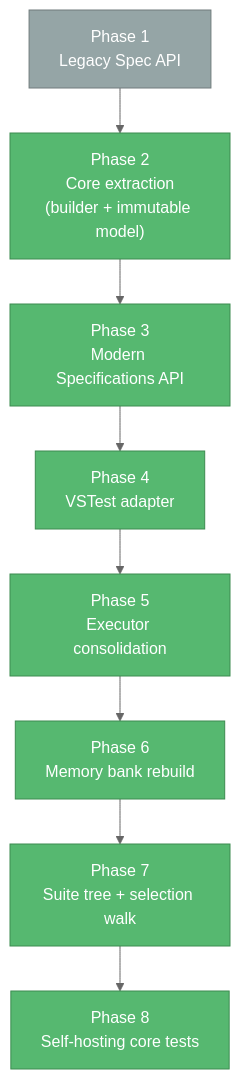
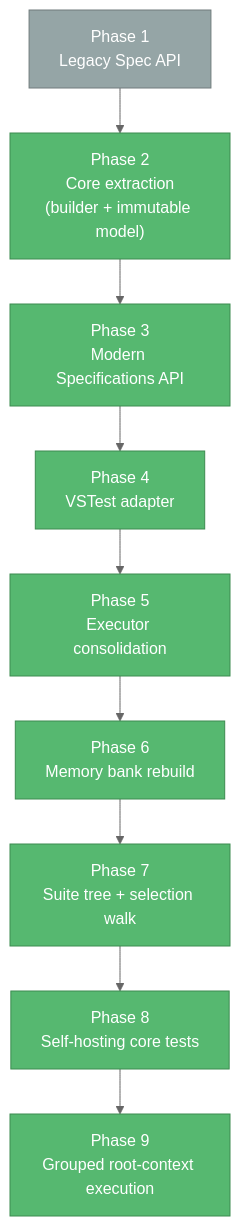
Before and after one commit to yozepi/Specs: the diagram in memory-bank/progress.md, drawn with Mermaid. The commit also changed other lines of this file and 31 other files, not shown here.

First line of the commit message:
Add opt-in grouped root-context execution

````diff
--- a/memory-bank/progress.md
+++ b/memory-bank/progress.md
@@ -62,18 +65,19 @@
 ```mermaid
 %%{init: {'theme': 'neutral', 'flowchart': {'nodeSpacing': 30, 'rankSpacing': 45, 'wrappingWidth': 160}}}%%
 flowchart TD
     P1["Phase 1<br/>Legacy Spec API"]:::deprecated
     P2["Phase 2<br/>Core extraction<br/>(builder + immutable model)"]:::app
     P3["Phase 3<br/>Modern Specifications API"]:::app
     P4["Phase 4<br/>VSTest adapter"]:::app
     P5["Phase 5<br/>Executor consolidation"]:::app
     P6["Phase 6<br/>Memory bank rebuild"]:::app
     P7["Phase 7<br/>Suite tree + selection walk"]:::app
     P8["Phase 8<br/>Self-hosting core tests"]:::app
+    P9["Phase 9<br/>Grouped root-context execution"]:::app
 
     P1 --> P2 --> P3 --> P4
-    P4 --> P5 --> P6 --> P7 --> P8
+    P4 --> P5 --> P6 --> P7 --> P8 --> P9
 
     classDef app fill:#56B870,stroke:#3D8B50,color:#fff
     classDef deprecated fill:#95A5A6,stroke:#707B7C,color:#fff
 ```
````
